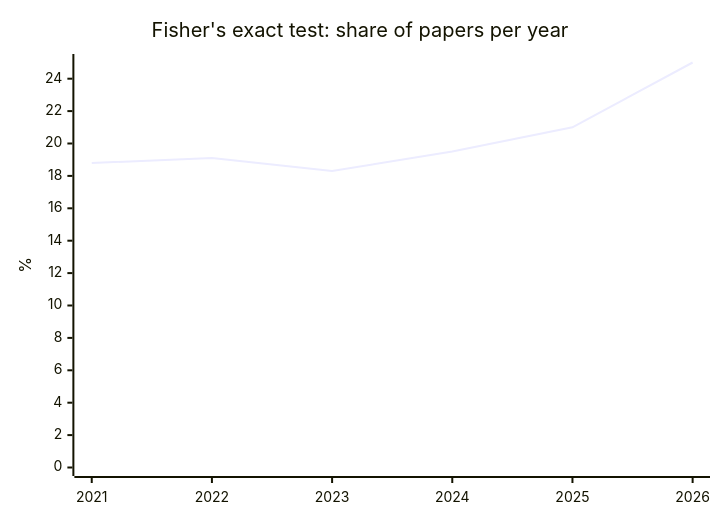
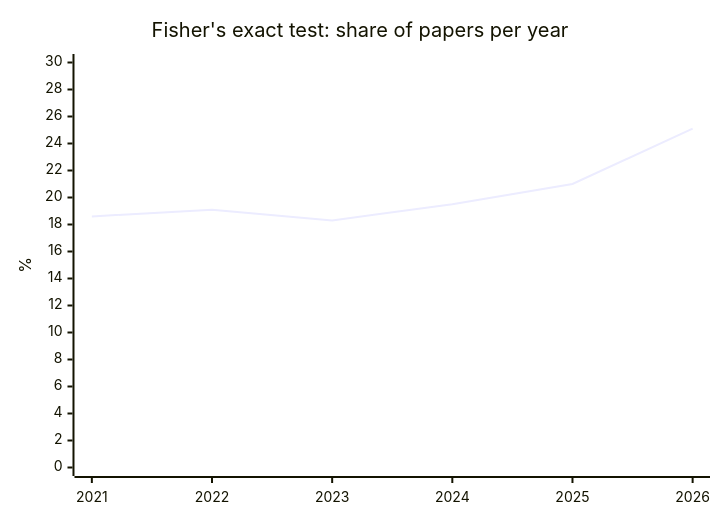
One commit to nfdi4health/datashield-function-ideas changed the fifth of 5 diagrams in literature-watch/reports/overview.md. Above: the diagram before and after it, drawn with Mermaid. The commit also changed other lines of this file and 1 other file, not shown here.

````diff
--- a/literature-watch/reports/overview.md
+++ b/literature-watch/reports/overview.md
@@ -84,7 +84,7 @@
 ```mermaid
 xychart-beta
   title "Fisher's exact test: share of papers per year"
   x-axis [2021, 2022, 2023, 2024, 2025, 2026]
-  y-axis "%" 0 --> 25
-  line [18.8, 19.1, 18.3, 19.5, 21.0, 25.0]
+  y-axis "%" 0 --> 30
+  line [18.6, 19.1, 18.3, 19.5, 21.0, 25.1]
 ```
````
